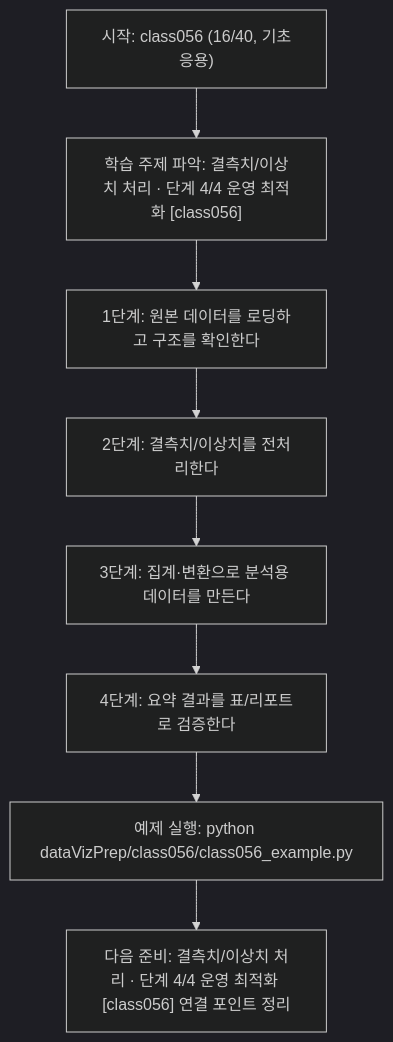
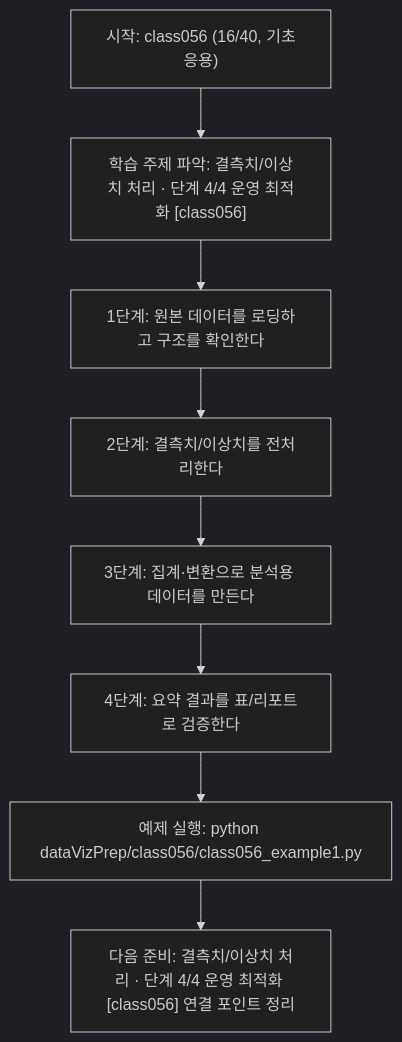
The diagram in dataVizPrep/class056/class056.md (edumgt/Python-AI_Agent-Class), drawn with Mermaid (dark theme) before and after one commit. The commit also changed other lines of this file and 2959 other files, not shown here.

````diff
--- a/dataVizPrep/class056/class056.md
+++ b/dataVizPrep/class056/class056.md
@@ -111,18 +111,18 @@
 ```mermaid
 flowchart TD
 N1["시작: class056 (16/40, 기초응용)"]
 N2["학습 주제 파악: 결측치/이상치 처리 · 단계 4/4 운영 최적화 [class056]"]
 N3["1단계: 원본 데이터를 로딩하고 구조를 확인한다"]
 N4["2단계: 결측치/이상치를 전처리한다"]
 N5["3단계: 집계·변환으로 분석용 데이터를 만든다"]
 N6["4단계: 요약 결과를 표/리포트로 검증한다"]
-N7["예제 실행: python dataVizPrep/class056/class056_example.py"]
+N7["예제 실행: python dataVizPrep/class056/class056_example1.py"]
 N8["다음 준비: 결측치/이상치 처리 · 단계 4/4 운영 최적화 [class056] 연결 포인트 정리"]
 N1 --> N2
 N2 --> N3
 N3 --> N4
 N4 --> N5
 N5 --> N6
 N6 --> N7
 N7 --> N8
 ```
````
